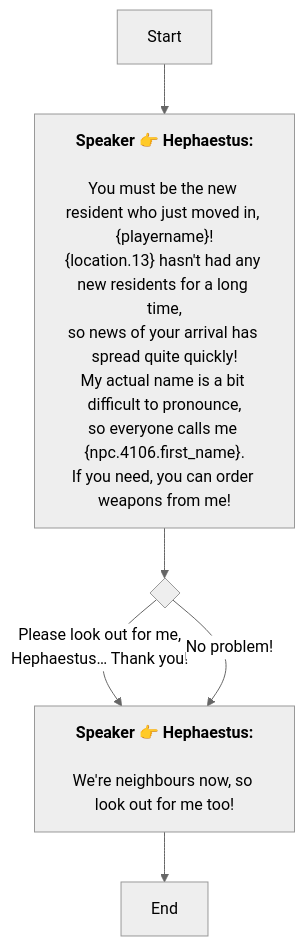
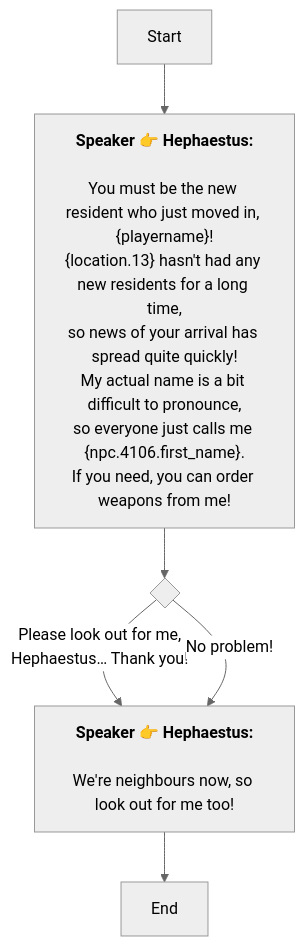
Before and after one commit to SoftHu/tos_avg: the diagram in En/AddDialogNode_1741892552738072.md, drawn with Mermaid (neutral theme). The commit also changed 297 other files, not shown here.

````diff
--- a/En/AddDialogNode_1741892552738072.md
+++ b/En/AddDialogNode_1741892552738072.md
@@ -1,21 +1,21 @@
 ```mermaid
 graph
 Start -->1741893067333921[<b>Speaker 👉 Hephaestus:</b>
 
 You must be the new resident who just moved in, &lbrace;playername&rbrace;!
 &lbrace;location.13&rbrace; hasn't had any new residents for a long time,
 so news of your arrival has spread quite quickly!
 My actual name is a bit difficult to pronounce,
-so everyone calls me &lbrace;npc.4106.first_name&rbrace;.
+so everyone just calls me &lbrace;npc.4106.first_name&rbrace;.
 If you need, you can order weapons from me!]
 1741893067333921 -->1741894774918434{ }
 1741894774918434 -->|Please look out for me,
 Hephaestus… Thank you!|1741895311660328[<b>Speaker 👉 Hephaestus:</b>
 
 We're neighbours now, so look out for me too!]
 1741894774918434 -->|No problem!|1741895311660328[<b>Speaker 👉 Hephaestus:</b>
 
 We're neighbours now, so look out for me too!]
 1741895311660328 -->1741895384382762[End]
 
  ```
````
